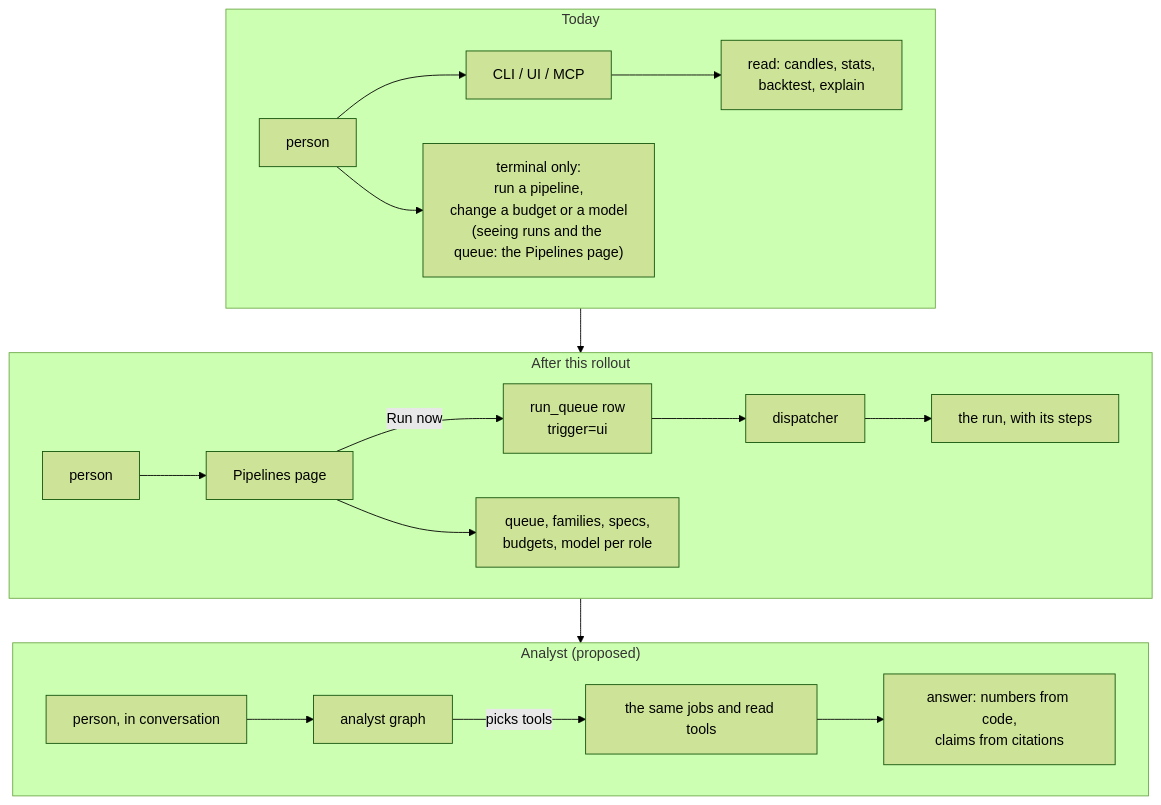
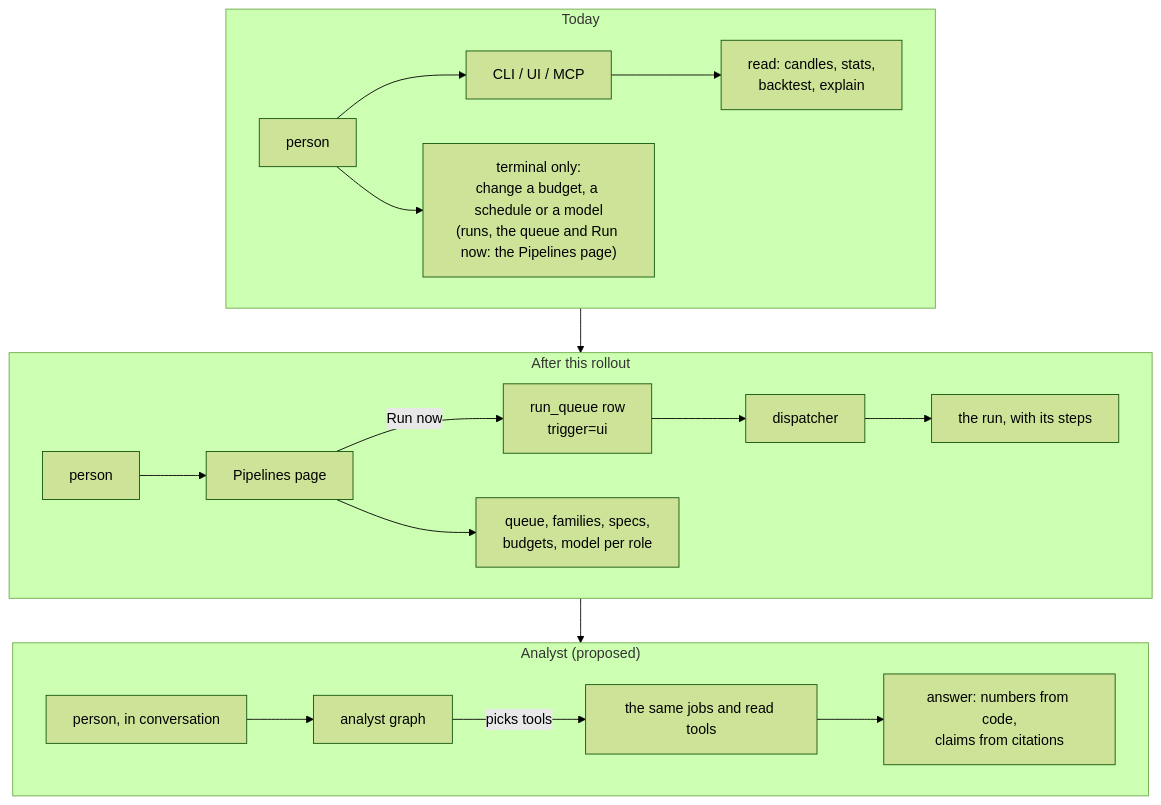
Before and after one commit to stamzid/candlegraph: the fifth of 6 diagrams in docs/rollout/overview/DESIGN.md, drawn with Mermaid (forest theme). The commit also changed other lines of this file and 14 other files, not shown here.

````diff
--- a/docs/rollout/overview/DESIGN.md
+++ b/docs/rollout/overview/DESIGN.md
@@ -169,19 +169,19 @@
 ```mermaid
 flowchart TB
   subgraph now["Today"]
     P1["person"] --> T1["CLI / UI / MCP"] --> Q1["read: candles, stats,<br/>backtest, explain"]
-    P1 --> T2["terminal only:<br/>run a pipeline,<br/>change a budget or a model<br/>(seeing runs and the queue: the Pipelines page)"]
+    P1 --> T2["terminal only:<br/>change a budget, a schedule or a model<br/>(runs, the queue and Run now: the Pipelines page)"]
   end
   subgraph next["After this rollout"]
     P2["person"] --> UI2["Pipelines page"]
     UI2 -->|"Run now"| QU["run_queue row<br/>trigger=ui"]
     QU --> DI["dispatcher"] --> RUN["the run, with its steps"]
     UI2 --> SEE["queue, families, specs,<br/>budgets, model per role"]
   end
   subgraph later["Analyst (proposed)"]
     P3["person, in conversation"] --> AG["analyst graph"]
     AG -->|"picks tools"| TOOLS["the same jobs and read tools"]
     TOOLS --> ANS["answer: numbers from code,<br/>claims from citations"]
   end
   now --> next --> later
 ```
````
